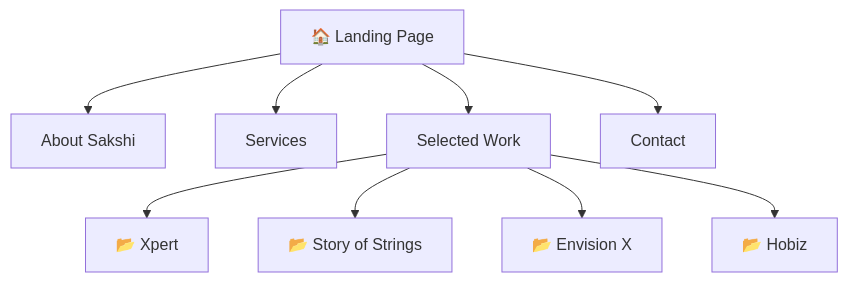
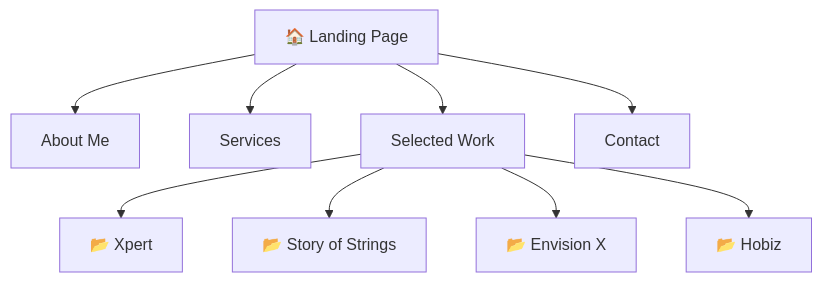
The first of 2 diagrams in README.md (kejsakshi25-source/portfolio), drawn with Mermaid before and after one commit. The commit also changed other lines of this file, not shown here.

````diff
--- a/README.md
+++ b/README.md
@@ -27,12 +27,12 @@
 ```mermaid
 flowchart TD
     Home["🏠 Landing Page"]
-    Home --> About["About Sakshi"]
+    Home --> About["About Me"]
     Home --> Services["Services"]
     Home --> Work["Selected Work"]
     Home --> Contact["Contact"]
     Work --> Xpert["📂 Xpert"]
     Work --> Strings["📂 Story of Strings"]
     Work --> Envision["📂 Envision X"]
     Work --> Hobiz["📂 Hobiz"]
 ```
````
